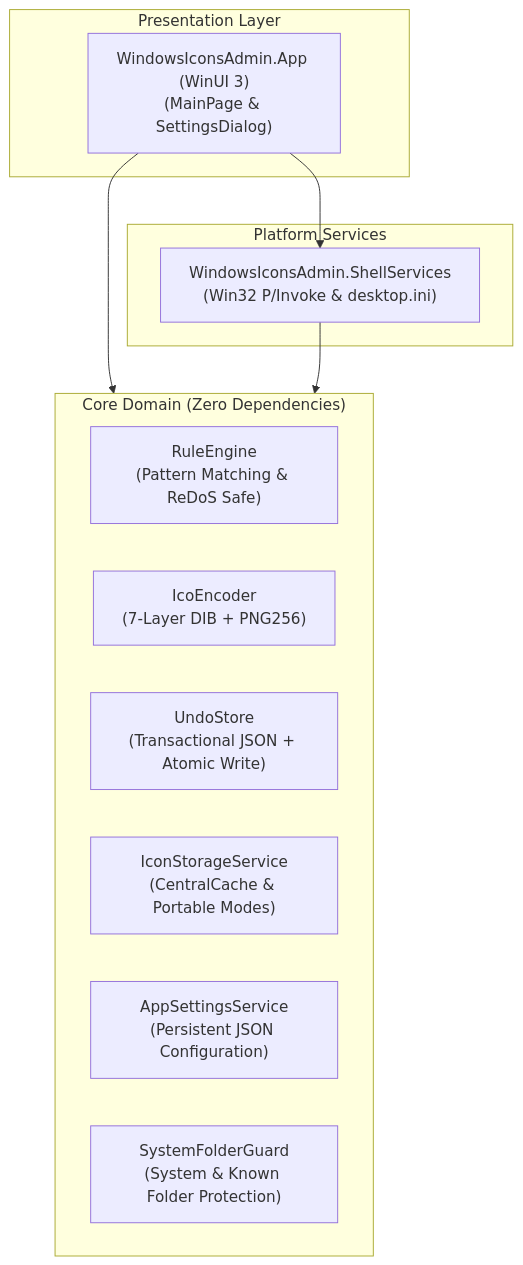
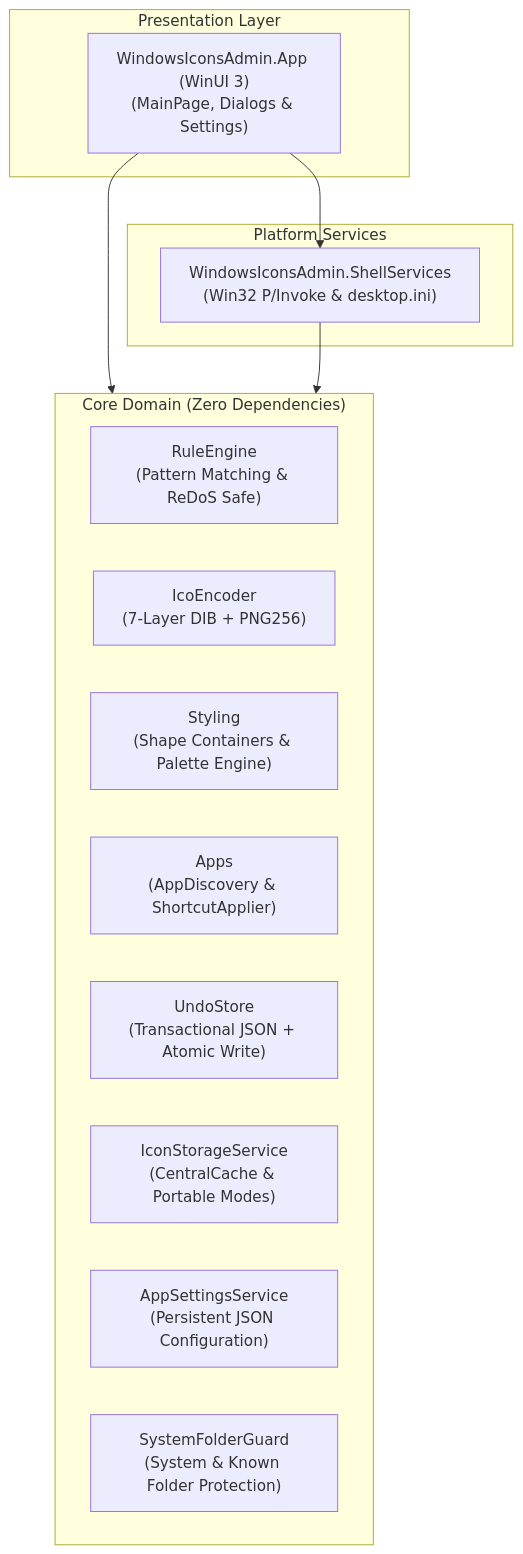
One commit to AnaCataVC/windows-icons-admin changed the diagram in README.md. Above: the diagram before and after it, drawn with Mermaid. The commit also changed other lines of this file and 5 other files, not shown here.

````diff
--- a/README.md
+++ b/README.md
@@ -44,23 +44,25 @@
 ```mermaid
 flowchart TD
     subgraph UI ["Presentation Layer"]
-        App["WindowsIconsAdmin.App (WinUI 3)<br/>(MainPage & SettingsDialog)"]
+        App["WindowsIconsAdmin.App (WinUI 3)<br/>(MainPage, Dialogs & Settings)"]
     end
 
     subgraph Shell ["Platform Services"]
         ShellSvc["WindowsIconsAdmin.ShellServices<br/>(Win32 P/Invoke & desktop.ini)"]
     end
 
     subgraph Core ["Core Domain (Zero Dependencies)"]
         Rules["RuleEngine<br/>(Pattern Matching & ReDoS Safe)"]
         Imaging["IcoEncoder<br/>(7-Layer DIB + PNG256)"]
+        Styling["Styling<br/>(Shape Containers & Palette Engine)"]
+        Apps["Apps<br/>(AppDiscovery & ShortcutApplier)"]
         History["UndoStore<br/>(Transactional JSON + Atomic Write)"]
         Storage["IconStorageService<br/>(CentralCache & Portable Modes)"]
         Settings["AppSettingsService<br/>(Persistent JSON Configuration)"]
         Safety["SystemFolderGuard<br/>(System & Known Folder Protection)"]
     end
 
     App --> ShellSvc
     App --> Core
     ShellSvc --> Core
 ```
````
